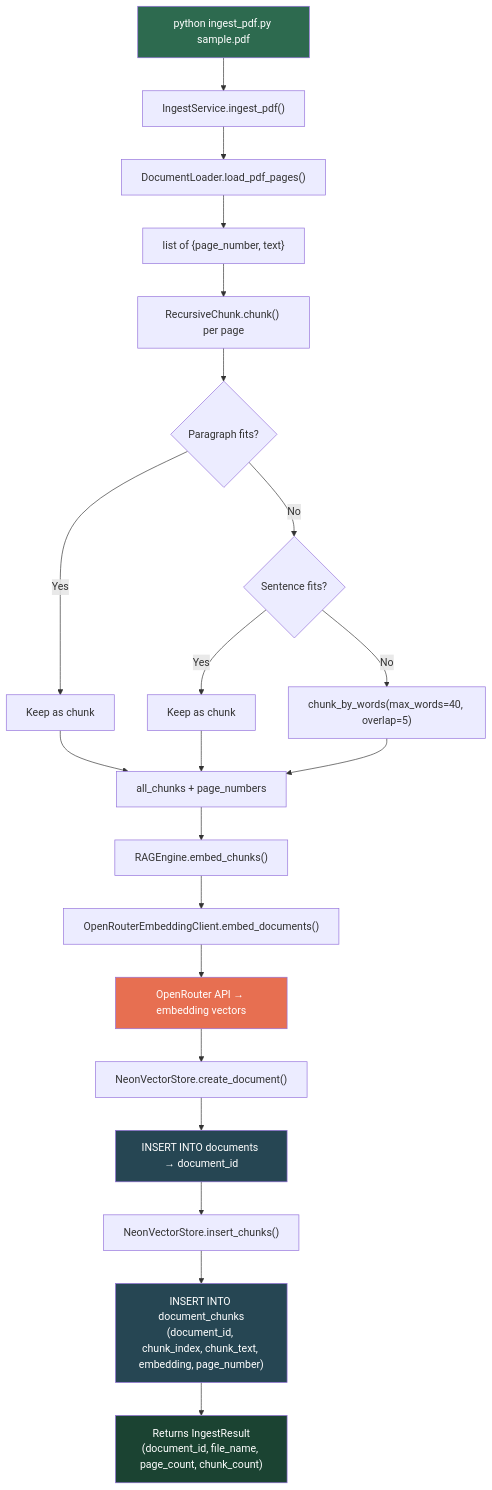
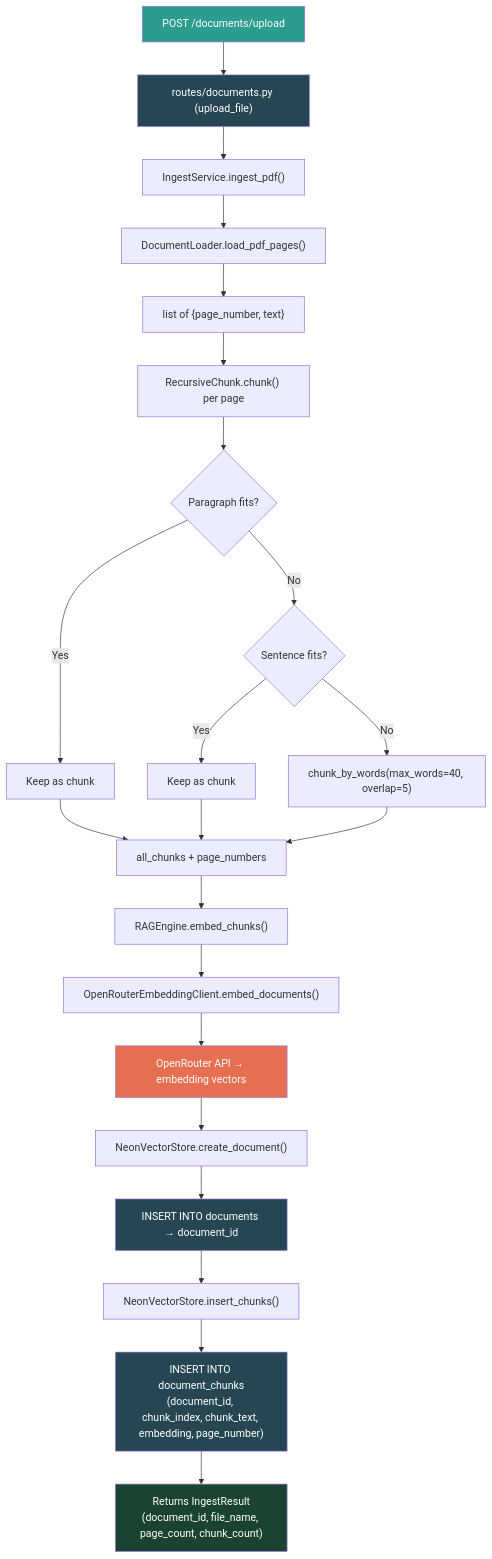
One commit to hasnatsakil/agentic-rag-service changed the first of 6 diagrams in docs/project_flow.md. Above: the diagram before and after it, drawn with Mermaid. The commit also changed other lines of this file and 1 other file, not shown here.

Commit message:
docs: Update flow diagrams in README.md and project_flow.md to reflect API-first structure

````diff
--- a/docs/project_flow.md
+++ b/docs/project_flow.md
@@ -5,34 +5,36 @@
 ```mermaid
 flowchart TD
-    A["python ingest_pdf.py sample.pdf"] --> B["IngestService.ingest_pdf()"]
+    A["POST /documents/upload"] --> B["routes/documents.py (upload_file)"]
+    B --> C["IngestService.ingest_pdf()"]
     
-    B --> C["DocumentLoader.load_pdf_pages()"]
-    C --> D["list of {page_number, text}"]
+    C --> D["DocumentLoader.load_pdf_pages()"]
+    D --> E["list of {page_number, text}"]
     
-    D --> E["RecursiveChunk.chunk() per page"]
-    E --> E1{"Paragraph fits?"}
-    E1 -- Yes --> E2["Keep as chunk"]
-    E1 -- No --> E3{"Sentence fits?"}
-    E3 -- Yes --> E4["Keep as chunk"]
-    E3 -- No --> E5["chunk_by_words(max_words=40, overlap=5)"]
+    E --> F["RecursiveChunk.chunk() per page"]
+    F --> F1{"Paragraph fits?"}
+    F1 -- Yes --> F2["Keep as chunk"]
+    F1 -- No --> F3{"Sentence fits?"}
+    F3 -- Yes --> F4["Keep as chunk"]
+    F3 -- No --> F5["chunk_by_words(max_words=40, overlap=5)"]
     
-    E2 & E4 & E5 --> F["all_chunks + page_numbers"]
+    F2 & F4 & F5 --> G["all_chunks + page_numbers"]
     
-    F --> G["RAGEngine.embed_chunks()"]
-    G --> G1["OpenRouterEmbeddingClient.embed_documents()"]
-    G1 --> G2["OpenRouter API → embedding vectors"]
+    G --> H["RAGEngine.embed_chunks()"]
+    H --> H1["OpenRouterEmbeddingClient.embed_documents()"]
+    H1 --> H2["OpenRouter API → embedding vectors"]
     
-    G2 --> H["NeonVectorStore.create_document()"]
-    H --> H1["INSERT INTO documents → document_id"]
+    H2 --> I["NeonVectorStore.create_document()"]
+    I --> I1["INSERT INTO documents → document_id"]
     
-    H1 --> I["NeonVectorStore.insert_chunks()"]
-    I --> I1["INSERT INTO document_chunks\n(document_id, chunk_index, chunk_text, embedding, page_number)"]
+    I1 --> J["NeonVectorStore.insert_chunks()"]
+    J --> J1["INSERT INTO document_chunks\n(document_id, chunk_index, chunk_text, embedding, page_number)"]
     
-    I1 --> J["Returns IngestResult\n(document_id, file_name, page_count, chunk_count)"]
+    J1 --> K["Returns IngestResult\n(document_id, file_name, page_count, chunk_count)"]
 
-    style A fill:#2d6a4f,color:#fff
-    style J fill:#1b4332,color:#fff
-    style G2 fill:#e76f51,color:#fff
-    style H1 fill:#264653,color:#fff
+    style A fill:#2a9d8f,color:#fff
+    style B fill:#264653,color:#fff
+    style K fill:#1b4332,color:#fff
+    style H2 fill:#e76f51,color:#fff
     style I1 fill:#264653,color:#fff
+    style J1 fill:#264653,color:#fff
 ```
````
